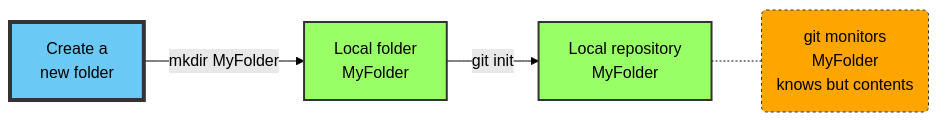
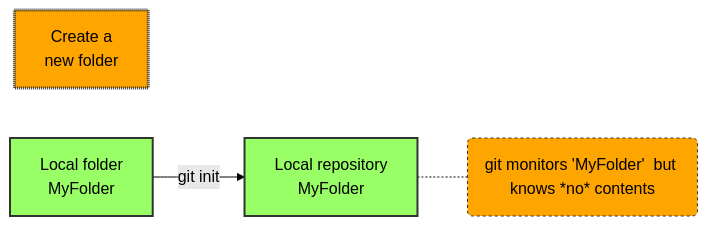
The first of 2 diagrams in modules/en-git-module.qmd (ammrie/Praxislab), drawn with Mermaid before and after one commit. The commit also changed 1 other file, not shown here.

````diff
--- a/modules/en-git-module.qmd
+++ b/modules/en-git-module.qmd
@@ -85,20 +85,24 @@
 ```{mermaid}
 %%| fig-cap: initialisation of a repository
 
 graph LR
 
-    A[Create a <br> new folder] -- mkdir MyFolder --> B[Local folder <br> MyFolder]
-    B -- git init --> C[Local repository <br> MyFolder]
-    C -.- D(git monitors <br> MyFolder <br> knows but contents)  
+    A[Create a <br> new folder] 
+    B[Local folder <br> MyFolder] -- git init --> C[Local repository <br> MyFolder]
+    C -.- D(git monitors 'MyFolder'  but knows *no* contents)  
 
     classDef gr fill:#9f6,stroke:#333,stroke-width:2px
     classDef bl fill:#6BC9F5,stroke:#333,stroke-width:4px
     classDef or fill:orange,stroke:#333,stroke-width:1px,stroke-dasharray: 3
-    class A bl
+    classDef or2 fill:orange,stroke:#333,stroke-width:3px,stroke-dasharray: 1
+    class A or2
     class B,C gr
     class D or
 
 %%{init: {'theme':'forest'}}%%
+%%{init: {'fontSize': '22px'}}%%
+
+
 
 
 ```
````
